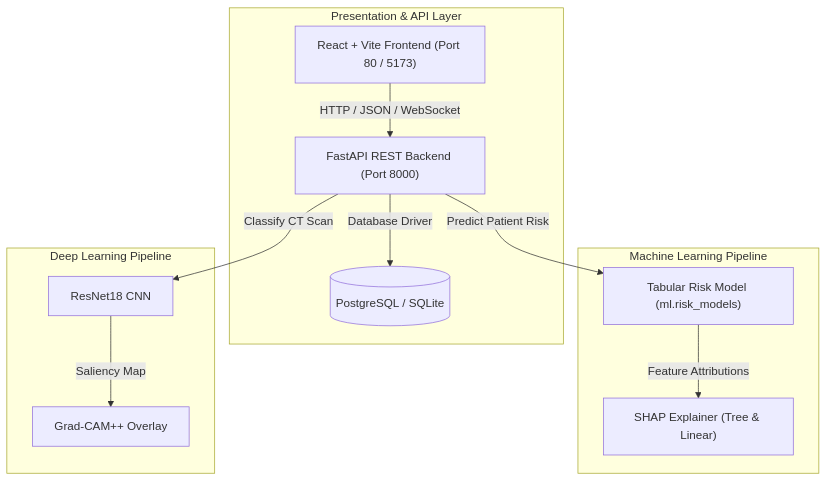
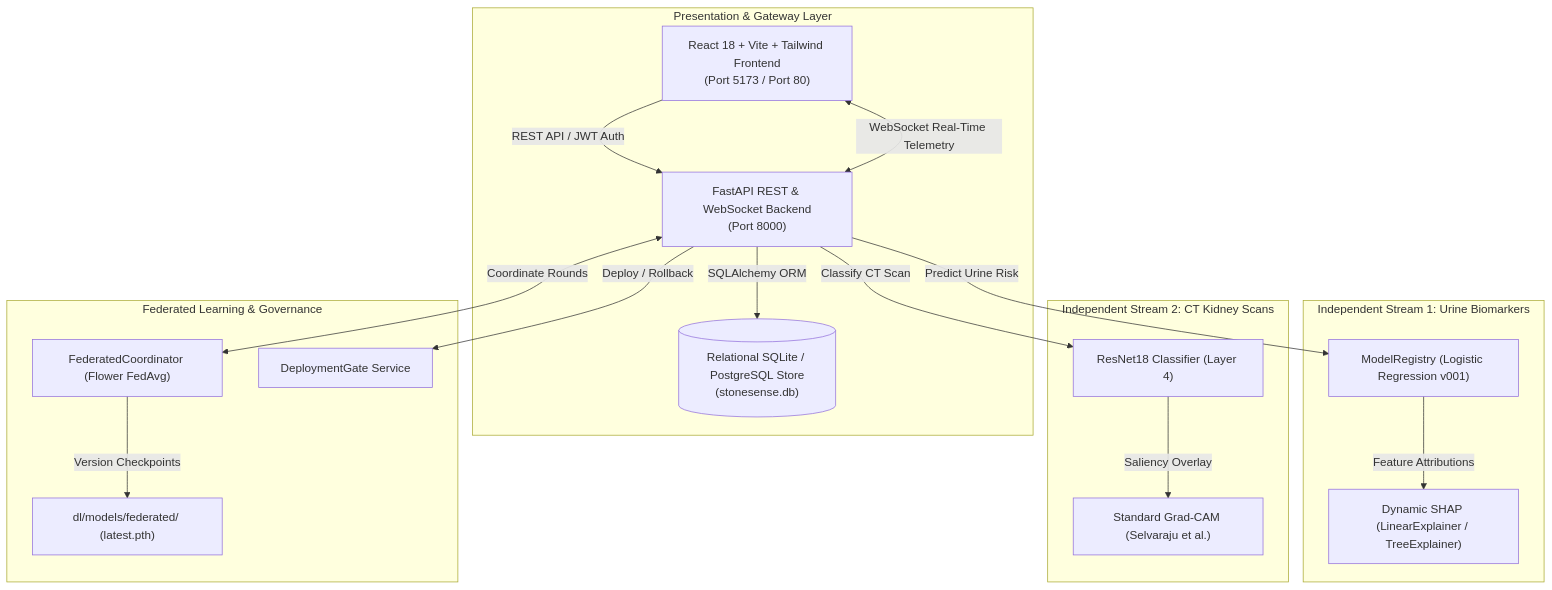
The diagram in README.md (akhilan77/StoneSense-AI), drawn with Mermaid before and after one commit. The commit also changed other lines of this file and 13 other files, not shown here.

Commit message:
docs: add comprehensive audit report, architecture specs, and documentation readmes

````diff
--- a/README.md
+++ b/README.md
@@ -7,21 +30,28 @@
 ```mermaid
 flowchart TD
-    Client["React + Vite Frontend (Port 80 / 5173)"]
-    API["FastAPI REST Backend (Port 8000)"]
-    DB[("PostgreSQL / SQLite")]
+    Client["React 18 + Vite + Tailwind Frontend\n(Port 5173 / Port 80)"]
+    API["FastAPI REST & WebSocket Backend\n(Port 8000)"]
+    DB[("Relational SQLite / PostgreSQL Store\n(stonesense.db)")]
 
-    subgraph Presentation["Presentation & API Layer"]
-        Client -->|HTTP / JSON / WebSocket| API
-        API -->|Database Driver| DB
+    subgraph Presentation["Presentation & Gateway Layer"]
+        Client -->|REST API / JWT Auth| API
+        Client <-->|WebSocket Real-Time Telemetry| API
+        API -->|SQLAlchemy ORM| DB
     end
 
-    subgraph MLPipeline["Machine Learning Pipeline"]
-        API -->|Predict Patient Risk| RiskModel["Tabular Risk Model (ml.risk_models)"]
-        RiskModel -->|Feature Attributions| SHAP["SHAP Explainer (Tree & Linear)"]
+    subgraph MLStream["Independent Stream 1: Urine Biomarkers"]
+        API -->|Predict Urine Risk| RegML["ModelRegistry (Logistic Regression v001)"]
+        RegML -->|Feature Attributions| SHAPExplainer["Dynamic SHAP (LinearExplainer / TreeExplainer)"]
     end
 
-    subgraph DLPipeline["Deep Learning Pipeline"]
-        API -->|Classify CT Scan| ResNet["ResNet18 CNN"]
-        ResNet -->|Saliency Map| GradCAM["Grad-CAM++ Overlay"]
+    subgraph DLStream["Independent Stream 2: CT Kidney Scans"]
+        API -->|Classify CT Scan| ResNet["ResNet18 Classifier (Layer 4)"]
+        ResNet -->|Saliency Overlay| GradCAMExplainer["Standard Grad-CAM (Selvaraju et al.)"]
+    end
+
+    subgraph FedStream["Federated Learning & Governance"]
+        API <-->|Coordinate Rounds| Coord["FederatedCoordinator (Flower FedAvg)"]
+        Coord -->|Version Checkpoints| Chk["dl/models/federated/ (latest.pth)"]
+        API -->|Deploy / Rollback| Gate["DeploymentGate Service"]
     end
 ```
````
